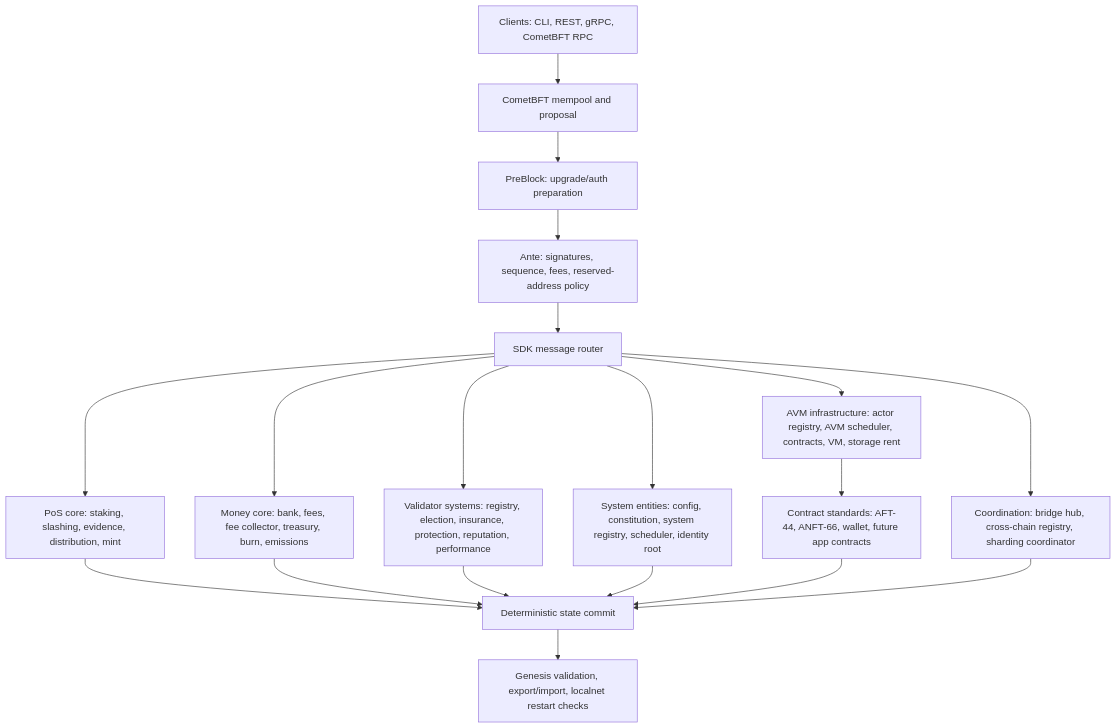
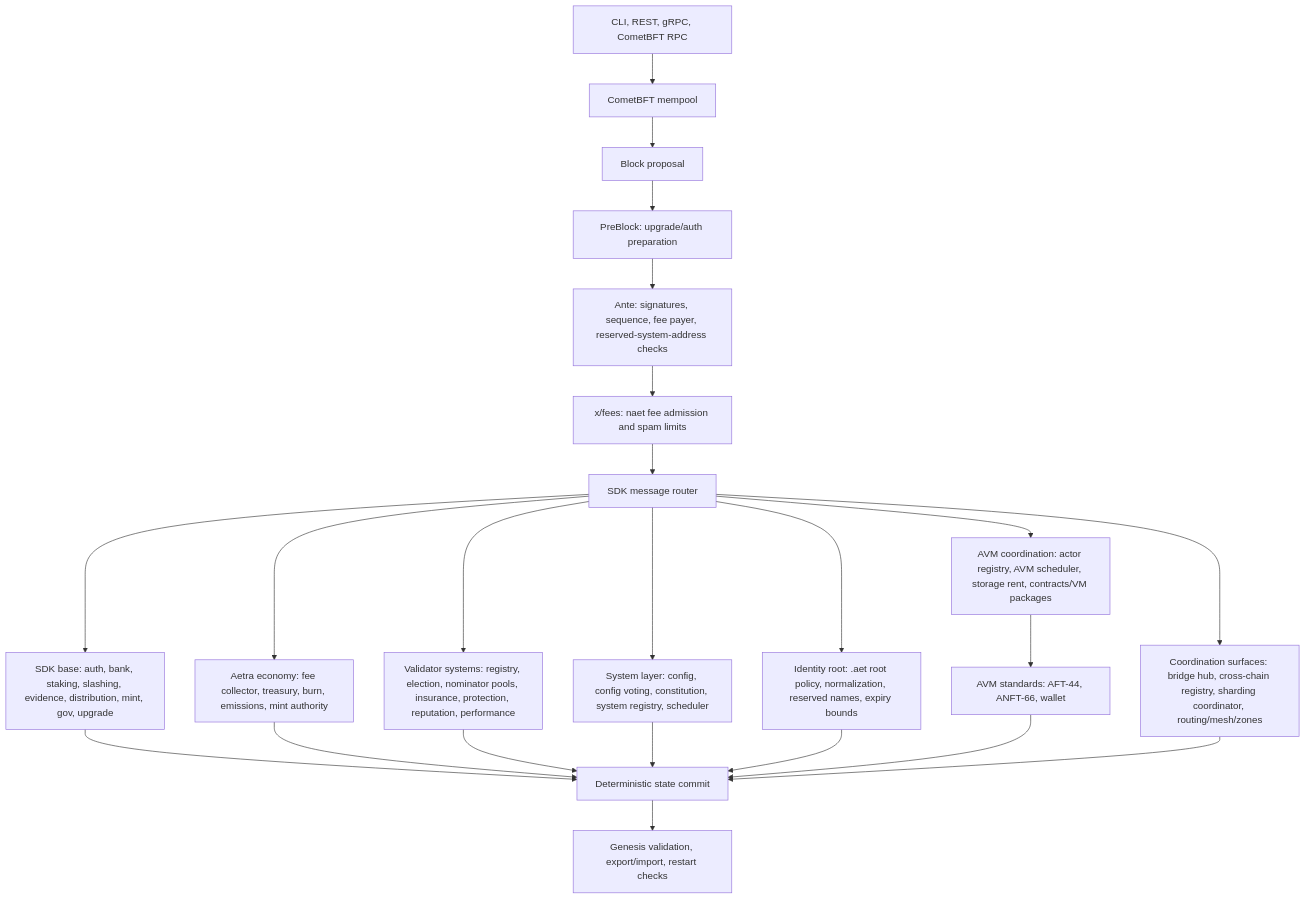
Before and after one commit to SoftwareMaestro16/L1-Blockchain: the diagram in README.md, drawn with Mermaid. The commit also changed other lines of this file, not shown here.

````diff
--- a/README.md
+++ b/README.md
@@ -23,24 +23,28 @@
 ```mermaid
 flowchart TD
-  CLIENT["Clients: CLI, REST, gRPC, CometBFT RPC"]
-  CLIENT --> MEMPOOL["CometBFT mempool and proposal"]
-  MEMPOOL --> PREBLOCK["PreBlock: upgrade/auth preparation"]
-  PREBLOCK --> ANTE["Ante: signatures, sequence, fees, reserved-address policy"]
-  ANTE --> ROUTER["SDK message router"]
+  CLIENT["CLI, REST, gRPC, CometBFT RPC"]
+  CLIENT --> MEMPOOL["CometBFT mempool"]
+  MEMPOOL --> PROPOSAL["Block proposal"]
+  PROPOSAL --> PREBLOCK["PreBlock: upgrade/auth preparation"]
+  PREBLOCK --> ANTE["Ante: signatures, sequence, fee payer, reserved-system-address checks"]
+  ANTE --> FEES["x/fees: naet fee admission and spam limits"]
+  FEES --> ROUTER["SDK message router"]
 
-  ROUTER --> POS["PoS core: staking, slashing, evidence, distribution, mint"]
-  ROUTER --> MONEY["Money core: bank, fees, fee collector, treasury, burn, emissions"]
-  ROUTER --> VALIDATORS["Validator systems: registry, election, insurance, protection, reputation, performance"]
-  ROUTER --> SYSTEM["System entities: config, constitution, system registry, scheduler, identity root"]
-  ROUTER --> AVM["AVM infrastructure: actor registry, AVM scheduler, contracts, VM, storage rent"]
-  ROUTER --> FUTURE["Coordination: bridge hub, cross-chain registry, sharding coordinator"]
+  ROUTER --> SDK["SDK base: auth, bank, staking, slashing, evidence, distribution, mint, gov, upgrade"]
+  ROUTER --> ECON["Aetra economy: fee collector, treasury, burn, emissions, mint authority"]
+  ROUTER --> VAL["Validator systems: registry, election, nominator pools, insurance, protection, reputation, performance"]
+  ROUTER --> SYS["System layer: config, config voting, constitution, system registry, scheduler"]
+  ROUTER --> ID["Identity root: .aet root policy, normalization, reserved names, expiry bounds"]
+  ROUTER --> AVM["AVM coordination: actor registry, AVM scheduler, storage rent, contracts/VM packages"]
+  ROUTER --> NET["Coordination surfaces: bridge hub, cross-chain registry, sharding coordinator, routing/mesh/zones"]
 
-  AVM --> CONTRACTS["Contract standards: AFT-44, ANFT-66, wallet, future app contracts"]
-  POS --> COMMIT["Deterministic state commit"]
-  MONEY --> COMMIT
-  VALIDATORS --> COMMIT
-  SYSTEM --> COMMIT
+  SDK --> COMMIT["Deterministic state commit"]
+  ECON --> COMMIT
+  VAL --> COMMIT
+  SYS --> COMMIT
+  ID --> COMMIT
+  AVM --> CONTRACTS["AVM standards: AFT-44, ANFT-66, wallet"]
   CONTRACTS --> COMMIT
-  FUTURE --> COMMIT
-  COMMIT --> EXPORT["Genesis validation, export/import, localnet restart checks"]
+  NET --> COMMIT
+  COMMIT --> EXPORT["Genesis validation, export/import, restart checks"]
 ```
````
